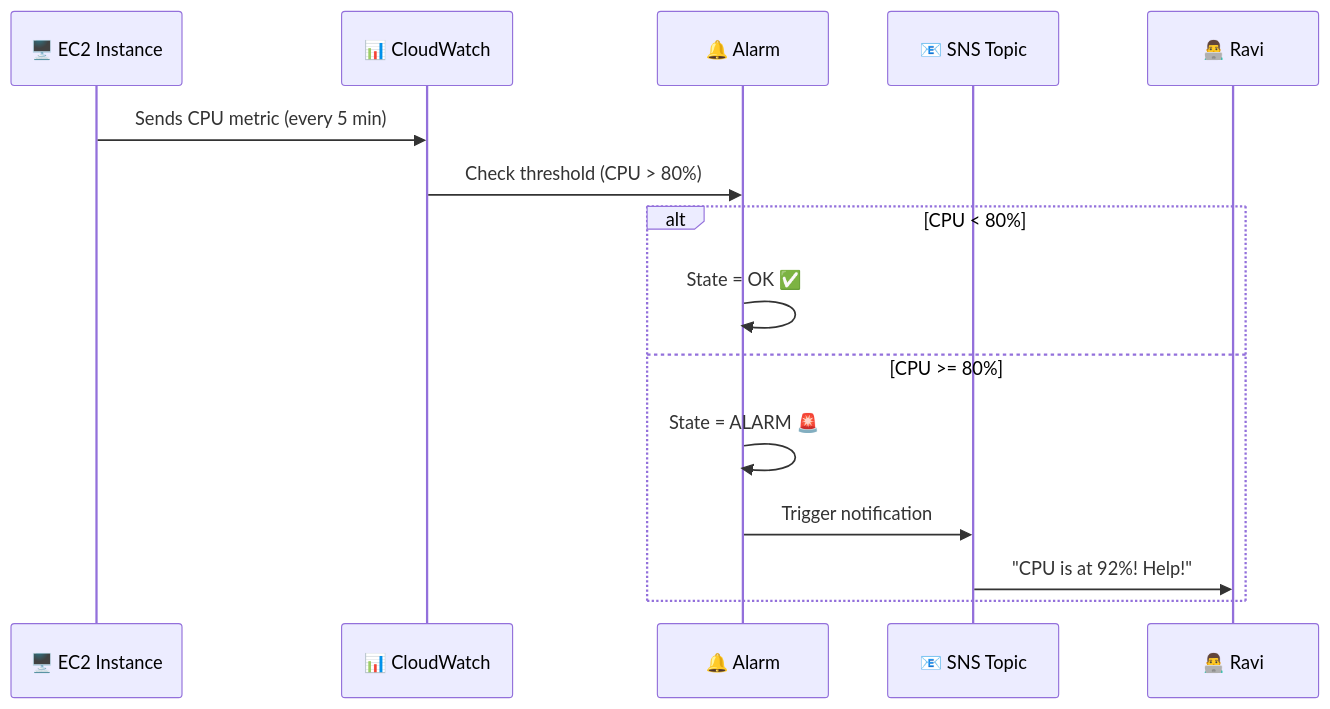
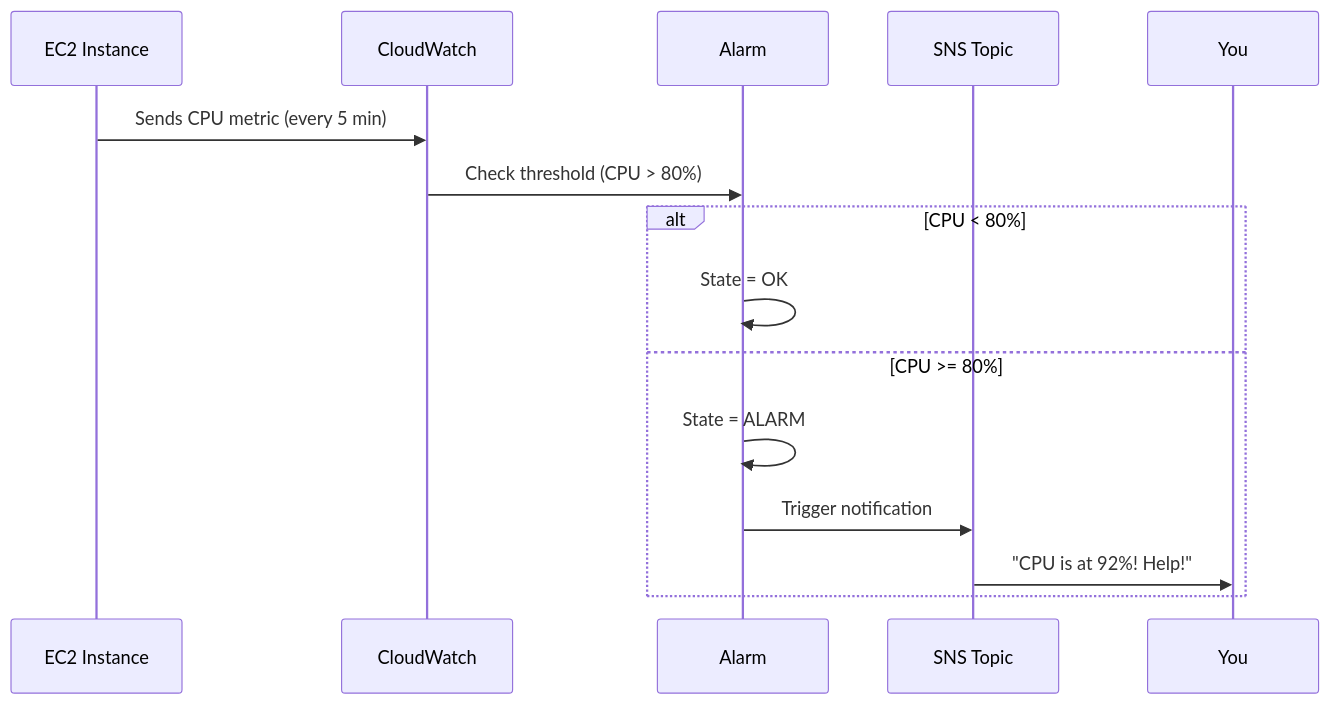
Before and after one commit to agravi987/Learn_AWS-Amazon-Web-Services: the second of 3 diagrams in 15 - CloudWatch/README.md, drawn with Mermaid. The commit also changed other lines of this file and 7 other files, not shown here.

````diff
--- a/15 - CloudWatch/README.md
+++ b/15 - CloudWatch/README.md
@@ -118,19 +133,19 @@
 ```mermaid
 sequenceDiagram
-    participant EC2 as 🖥️ EC2 Instance
-    participant CW as 📊 CloudWatch
-    participant Alarm as 🔔 Alarm
-    participant SNS as 📧 SNS Topic
-    participant You as 👨‍💻 Ravi
+    participant EC2 as EC2 Instance
+    participant CW as CloudWatch
+    participant Alarm as Alarm
+    participant SNS as SNS Topic
+    participant You as You
 
     EC2->>CW: Sends CPU metric (every 5 min)
     CW->>Alarm: Check threshold (CPU > 80%)
     
     alt CPU < 80%
-        Alarm->>Alarm: State = OK ✅
+        Alarm->>Alarm: State = OK
     else CPU >= 80%
-        Alarm->>Alarm: State = ALARM 🚨
+        Alarm->>Alarm: State = ALARM
         Alarm->>SNS: Trigger notification
         SNS->>You: "CPU is at 92%! Help!"
     end
 ```
````
